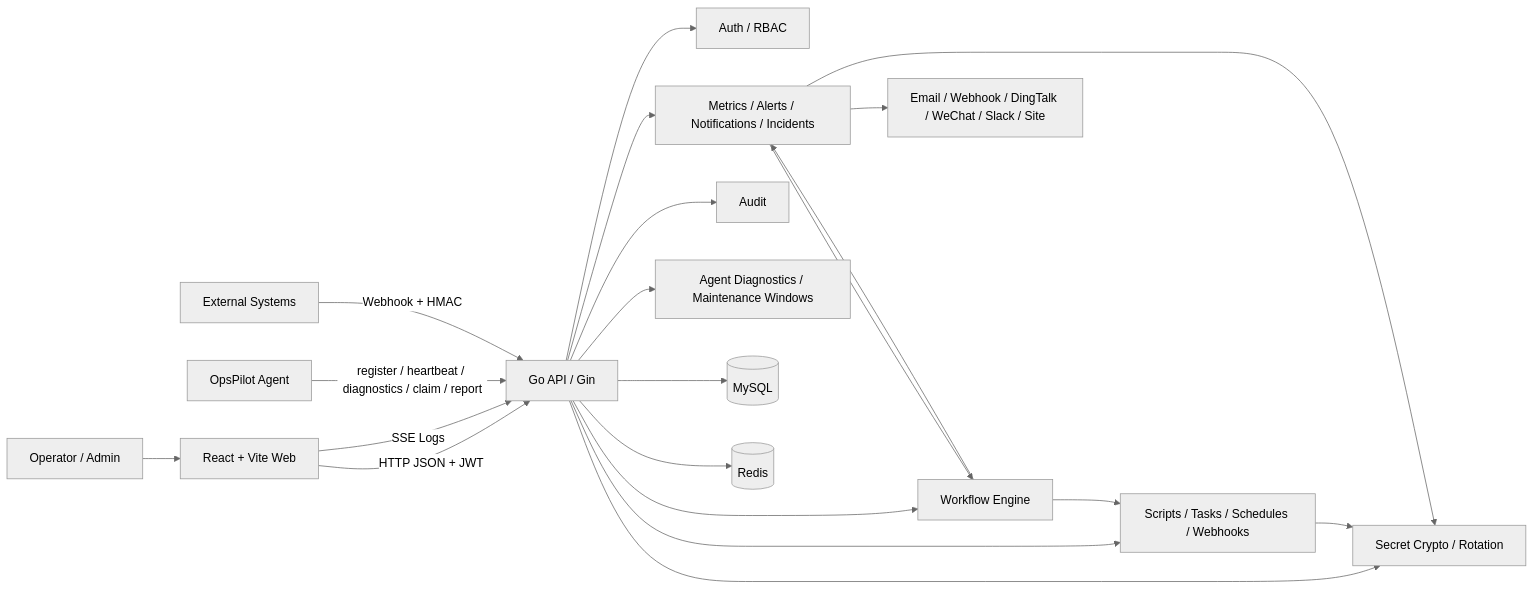
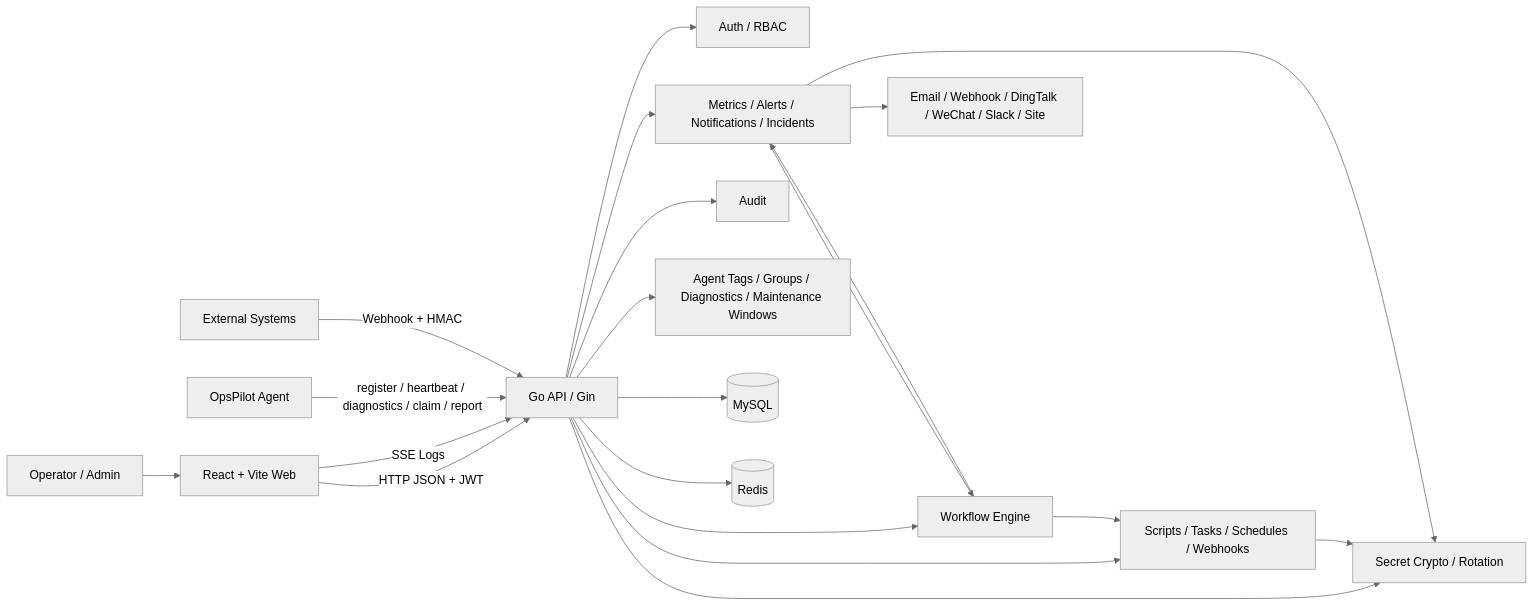
Before and after one commit to Zhenmeng8023/OpsPilot: the first of 5 diagrams in docs/UML/core-uml-v1.0-update.en.md, drawn with Mermaid (neutral theme). The commit also changed other lines of this file and 11 other files, not shown here.

````diff
--- a/docs/UML/core-uml-v1.0-update.en.md
+++ b/docs/UML/core-uml-v1.0-update.en.md
@@ -39,27 +39,27 @@
 ```mermaid
 flowchart LR
   Admin["Operator / Admin"] --> Web["React + Vite Web"]
   Web -->|"HTTP JSON + JWT"| API["Go API / Gin"]
   Web -->|"SSE Logs"| API
 
   Agent["OpsPilot Agent"] -->|"register / heartbeat / diagnostics / claim / report"| API
   External["External Systems"] -->|"Webhook + HMAC"| API
 
   API --> Auth["Auth / RBAC"]
   API --> Ops["Scripts / Tasks / Schedules / Webhooks"]
   API --> Monitor["Metrics / Alerts / Notifications / Incidents"]
   API --> Flow["Workflow Engine"]
   API --> Secret["Secret Crypto / Rotation"]
   API --> Audit["Audit"]
-  API --> Fleet["Agent Diagnostics / Maintenance Windows"]
+  API --> Fleet["Agent Tags / Groups / Diagnostics / Maintenance Windows"]
 
   Flow --> Ops
   Flow --> Monitor
   Monitor --> Flow
   Ops --> Secret
   Monitor --> Secret
 
   API --> MySQL[("MySQL")]
   API --> Redis[("Redis")]
   Monitor --> Channels["Email / Webhook / DingTalk / WeChat / Slack / Site"]
 ```
````
